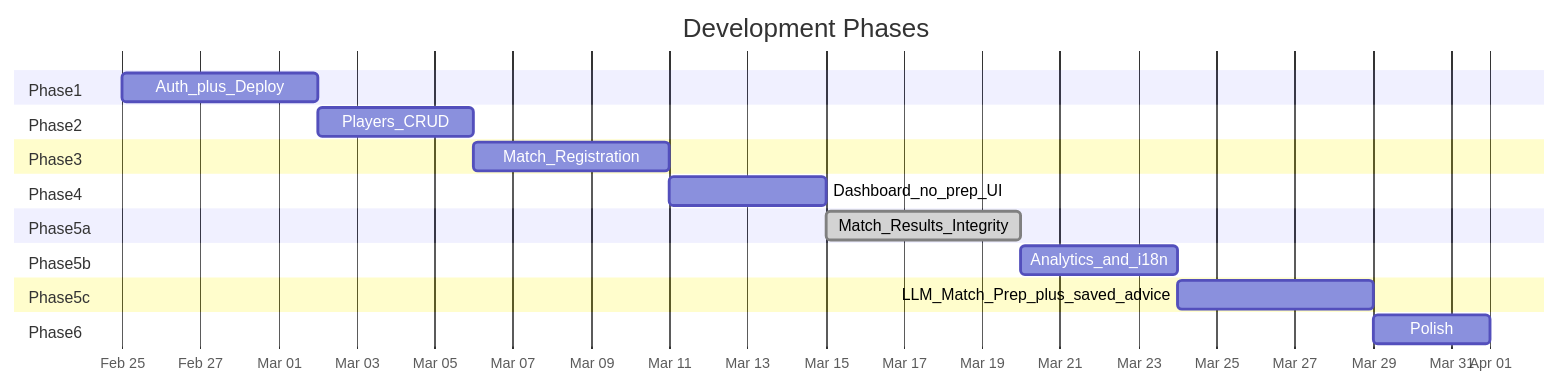
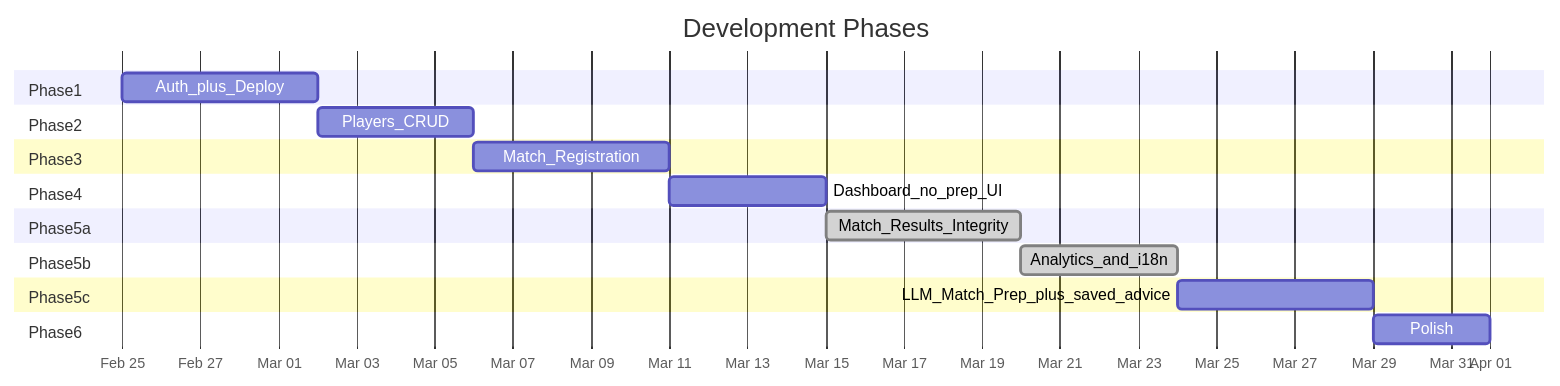
Before and after one commit to diegovallejoszan/tennis-match-tracker: the third of 3 diagrams in docs/DEVELOPMENT_PLAN.md, drawn with Mermaid. The commit also changed other lines of this file, not shown here.

````diff
--- a/docs/DEVELOPMENT_PLAN.md
+++ b/docs/DEVELOPMENT_PLAN.md
@@ -398,30 +398,30 @@
 ```mermaid
 gantt
   title Development Phases
   dateFormat YYYY-MM-DD
   axisFormat %b %d
 
   section Phase1
   Auth_plus_Deploy :p1, 2026-02-25, 5d
 
   section Phase2
   Players_CRUD :p2, after p1, 4d
 
   section Phase3
   Match_Registration :p3, after p2, 5d
 
   section Phase4
   Dashboard_no_prep_UI :p4, after p3, 4d
 
   section Phase5a
   Match_Results_Integrity :done, p5a, after p4, 5d
 
   section Phase5b
-  Analytics_and_i18n :p5b, after p5a, 4d
+  Analytics_and_i18n :done, p5b, after p5a, 4d
 
   section Phase5c
   LLM_Match_Prep_plus_saved_advice :p5c, after p5b, 5d
 
   section Phase6
   Polish :p6, after p5c, 3d
 ```
````
